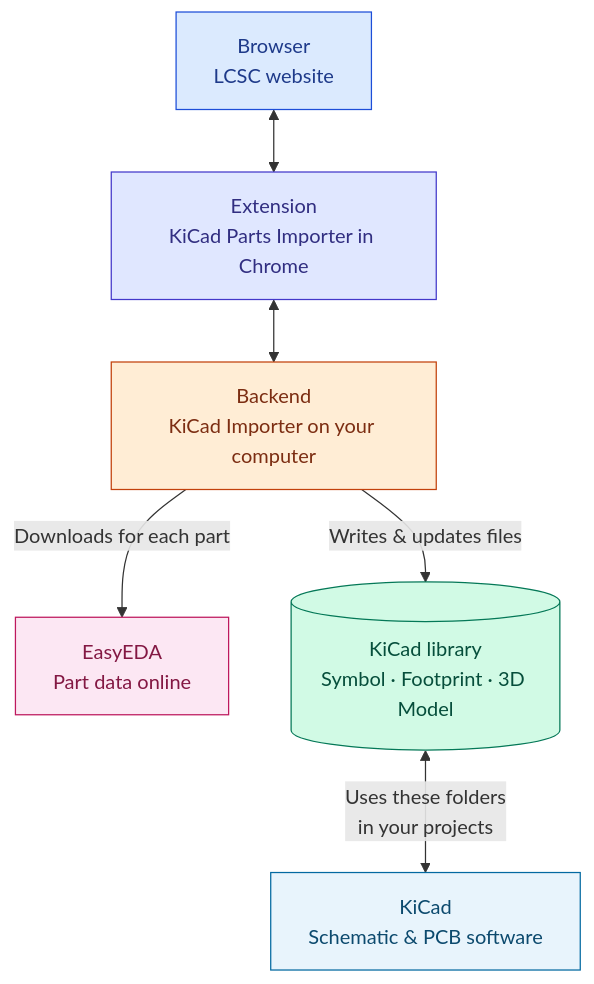
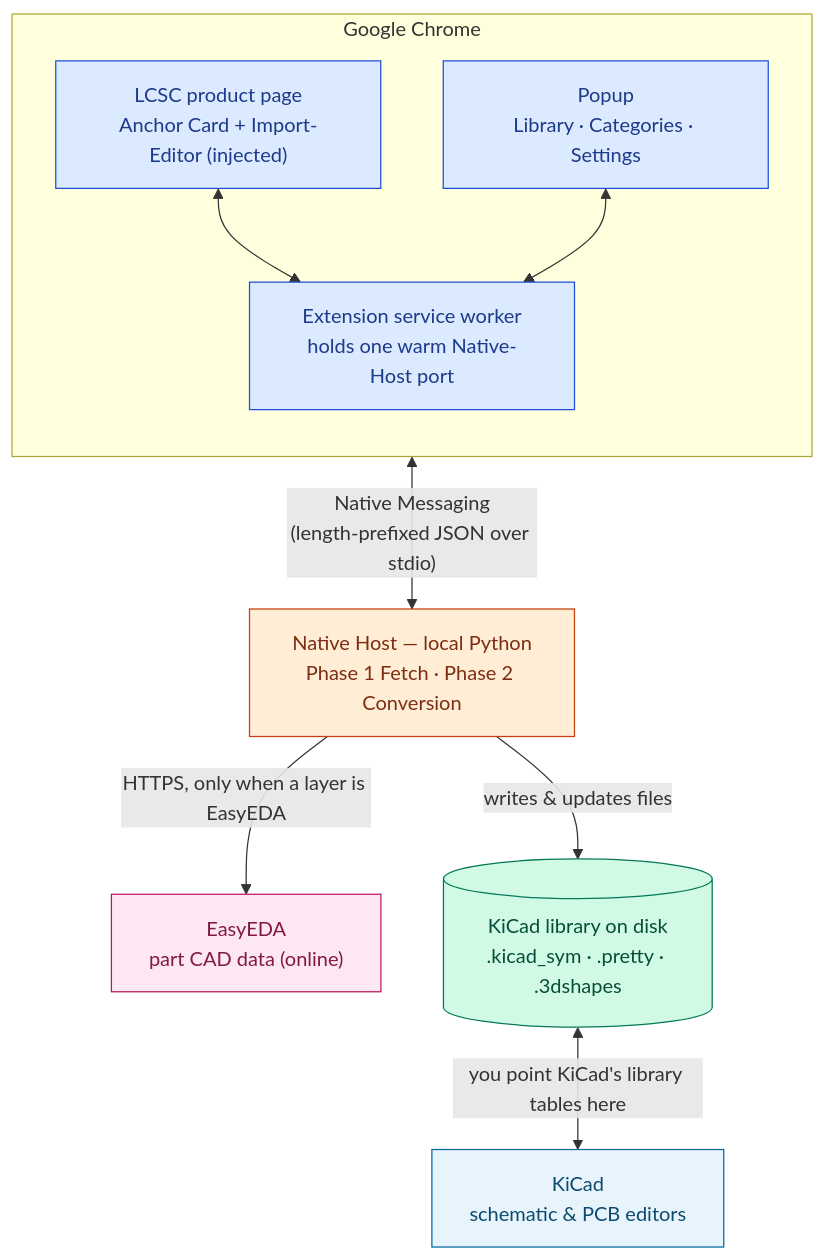
Before and after one commit to CarlKuhligk/LCSC2KicadChromeExtension: the first of 2 diagrams in README.md, drawn with Mermaid. The commit also changed other lines of this file, not shown here.

First line of the commit message:
docs: rewrite README for the V3 architecture (Native Host, two-phase flow)

````diff
--- a/README.md
+++ b/README.md
@@ -46,34 +46,33 @@
 ```mermaid
 flowchart TB
-  lcsc["Browser<br>LCSC website"]
+  subgraph BROWSER["Google Chrome"]
+    direction TB
+    page["LCSC product page<br/>Anchor Card + Import-Editor (injected)"]
+    sw["Extension service worker<br/>holds one warm Native-Host port"]
+    popup["Popup<br/>Library · Categories · Settings"]
+  end
 
-  extension["Extension<br>KiCad Parts Importer in Chrome"]
+  host["Native Host — local Python<br/>Phase 1 Fetch · Phase 2 Conversion"]
+  ee["EasyEDA<br/>part CAD data (online)"]
+  libs[("KiCad library on disk<br/>.kicad_sym · .pretty · .3dshapes")]
+  kicad["KiCad<br/>schematic & PCB editors"]
 
-  backend["Backend<br>KiCad Importer on your computer"]
-
-  ee["EasyEDA<br>Part data online"]
-
-  libs[("KiCad library<br>Symbol · Footprint · 3D Model")]
-
-  kicad["KiCad<br>Schematic & PCB software"]
-
-  lcsc <--> extension
-  extension <--> backend
-  backend -->|Downloads for each part| ee
-  backend -->|Writes & updates files| libs
-  libs <-->|Uses these folders<br>in your projects| kicad
+  page <--> sw
+  popup <--> sw
+  sw <-->|"Native Messaging<br/>(length-prefixed JSON over stdio)"| host
+  host -->|"HTTPS, only when a layer is EasyEDA"| ee
+  host -->|"writes & updates files"| libs
+  libs <-->|"you point KiCad's library tables here"| kicad
 
   classDef browser fill:#dbeafe,stroke:#1d4ed8,color:#1e3a8a
-  classDef extmod fill:#e0e7ff,stroke:#4338ca,color:#312e81
   classDef server fill:#ffedd5,stroke:#c2410c,color:#7c2d12
   classDef cloud fill:#fce7f3,stroke:#be185d,color:#831843
   classDef storage fill:#d1fae5,stroke:#047857,color:#064e3b
   classDef cadapp fill:#e8f4fc,stroke:#0369a1,color:#0c4a6e
 
-  class lcsc browser
-  class extension extmod
-  class backend server
+  class page,sw,popup browser
+  class host server
   class ee cloud
   class libs storage
   class kicad cadapp
 ```
````
